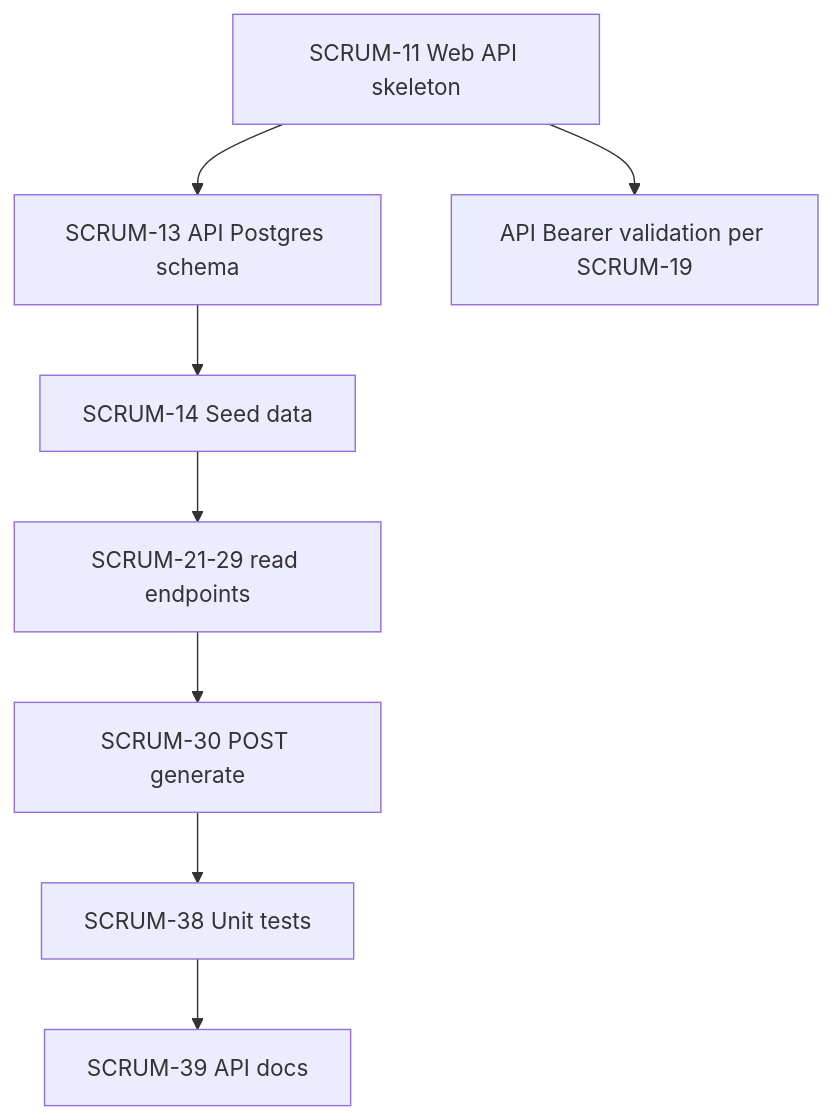
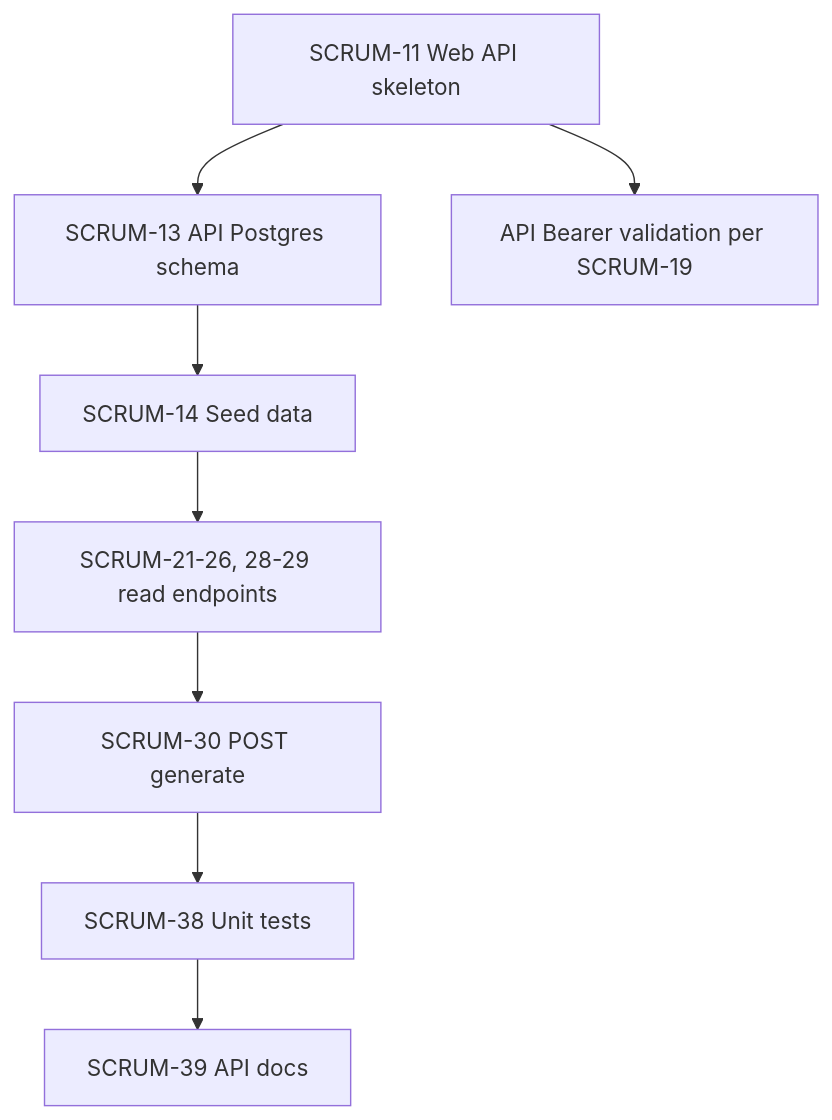
Before and after one commit to zcorr/SE498-LOTR: the diagram in api-server/docs/JIRA-BACKLOG-API.md, drawn with Mermaid. The commit also changed other lines of this file and 11 other files, not shown here.

````diff
--- a/api-server/docs/JIRA-BACKLOG-API.md
+++ b/api-server/docs/JIRA-BACKLOG-API.md
@@ -54,18 +59,18 @@
 ```mermaid
 flowchart TD
   S11[SCRUM-11 Web API skeleton]
   S13[SCRUM-13 API Postgres schema]
   S14[SCRUM-14 Seed data]
   Auth[API Bearer validation per SCRUM-19]
-  Read[SCRUM-21-29 read endpoints]
+  Read[SCRUM-21-26, 28-29 read endpoints]
   S30[SCRUM-30 POST generate]
   S38[SCRUM-38 Unit tests]
   S39[SCRUM-39 API docs]
   S11 --> S13
   S13 --> S14
   S11 --> Auth
   S14 --> Read
   Read --> S30
   S30 --> S38
   S38 --> S39
 ```
````
